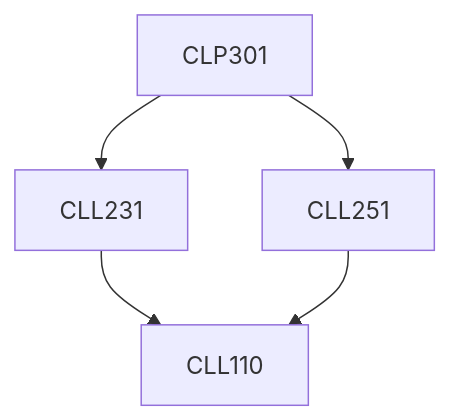
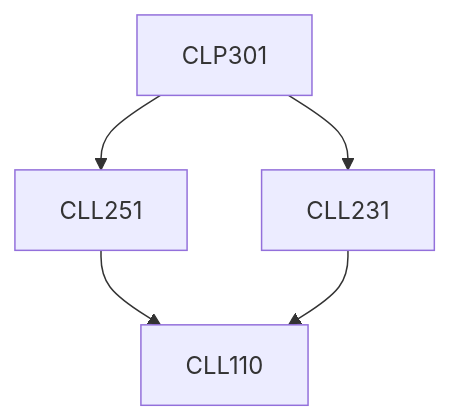
One commit to KeshavBansal0122/CoS_Website changed the diagram in content/Chemical Engineering/CLP301.md. Above: the diagram before and after it, drawn with Mermaid. The commit also changed other lines of this file and 2667 other files, not shown here.

````diff
--- a/content/Chemical Engineering/CLP301.md
+++ b/content/Chemical Engineering/CLP301.md
@@ -15,7 +13,11 @@
 ```mermaid
-graph TD
-CLP301 --> CLL231
-CLL231 --> CLL110
-CLP301 --> CLL251
-CLL251 --> CLL110
+flowchart TD
+CLP301-168[CLP301]
+CLL251-168 --> CLL110-168[CLL110]
+CLL231-168 --> CLL110-168[CLL110]
+CLP301-168 --> CLL231-168[CLL231]
+CLP301-168 --> CLL251-168[CLL251]
+
+classDef empty height:17px, fill:transparent, stroke:transparent;
+classDef trueEmpty height:0px, width:0px;
 ```
````
